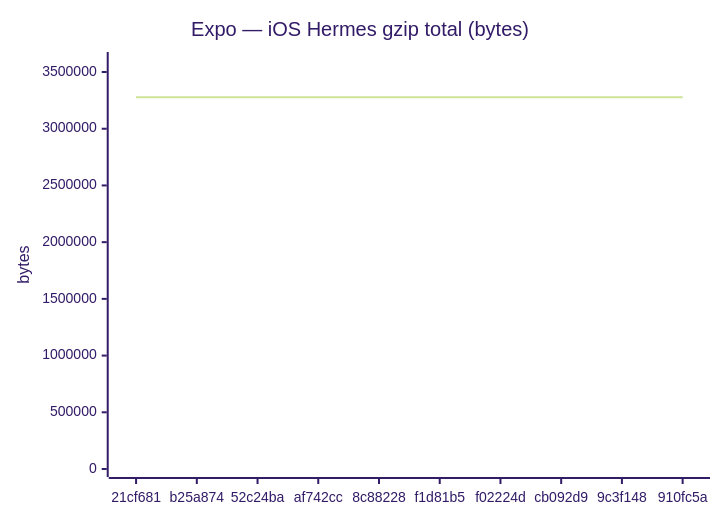
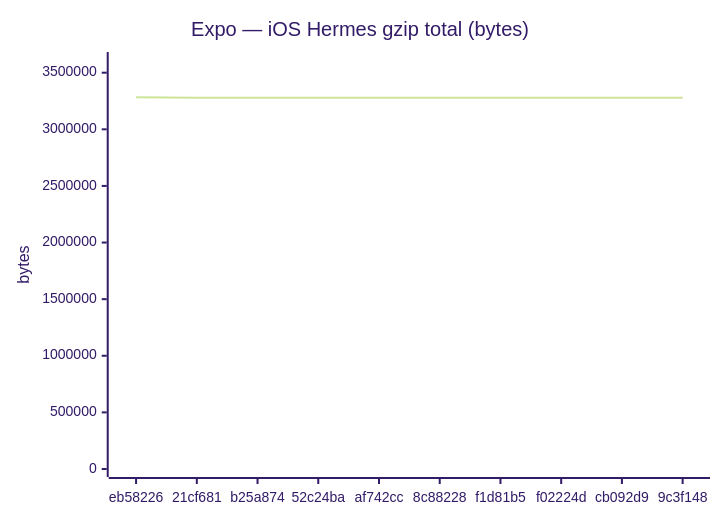
The sixth of 18 diagrams in benchmarks/compare.md (Metaheurist/Rianell), drawn with Mermaid (forest theme) before and after one commit. The commit also changed other lines of this file and 11 other files, not shown here.

````diff
--- a/benchmarks/compare.md
+++ b/benchmarks/compare.md
@@ -96,7 +96,7 @@
 ```mermaid
 xychart-beta
     title "Expo — iOS Hermes gzip total (bytes)"
-    x-axis ["21cf681", "b25a874", "52c24ba", "af742cc", "8c88228", "f1d81b5", "f02224d", "cb092d9", "9c3f148", "910fc5a"]
-    y-axis "bytes" 0 --> 3606021
-    line [3278198, 3278199, 3278191, 3278197, 3277689, 3278200, 3278200, 3278198, 3278199, 3277688]
+    x-axis ["eb58226", "21cf681", "b25a874", "52c24ba", "af742cc", "8c88228", "f1d81b5", "f02224d", "cb092d9", "9c3f148"]
+    y-axis "bytes" 0 --> 3612146
+    line [3283769, 3278198, 3278199, 3278191, 3278197, 3277689, 3278200, 3278200, 3278198, 3278199]
 ```
````
